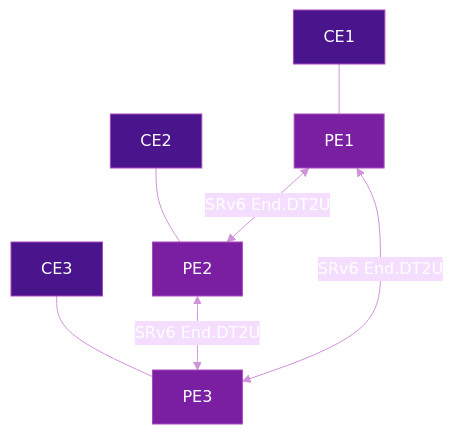
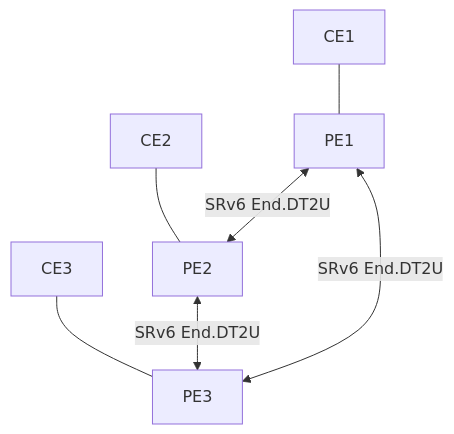
The second of 2 diagrams in docs/use-cases/vpn-services.md (eldaninavas/srv6.md), drawn with Mermaid before and after one commit. The commit also changed other lines of this file and 29 other files, not shown here.

First line of the commit message:
fix(mermaid): apply theme-aware colors site-wide

````diff
--- a/docs/use-cases/vpn-services.md
+++ b/docs/use-cases/vpn-services.md
@@ -199,17 +192,9 @@
 ```mermaid
-%%{init: {"theme": "base", "themeVariables": {"primaryTextColor": "#fff", "lineColor": "#ce93d8", "textColor": "#fff"}}}%%
 graph TB
     CE1[CE1] --- PE1[PE1]
     CE2[CE2] --- PE2[PE2]
     CE3[CE3] --- PE3[PE3]
     PE1 <-->|SRv6 End.DT2U| PE2
     PE2 <-->|SRv6 End.DT2U| PE3
     PE1 <-->|SRv6 End.DT2U| PE3
-
-    style CE1 fill:#4a148c,color:#fff,stroke:#ab47bc
-    style CE2 fill:#4a148c,color:#fff,stroke:#ab47bc
-    style CE3 fill:#4a148c,color:#fff,stroke:#ab47bc
-    style PE1 fill:#7b1fa2,color:#fff,stroke:#ab47bc
-    style PE2 fill:#7b1fa2,color:#fff,stroke:#ab47bc
-    style PE3 fill:#7b1fa2,color:#fff,stroke:#ab47bc
 ```
````
